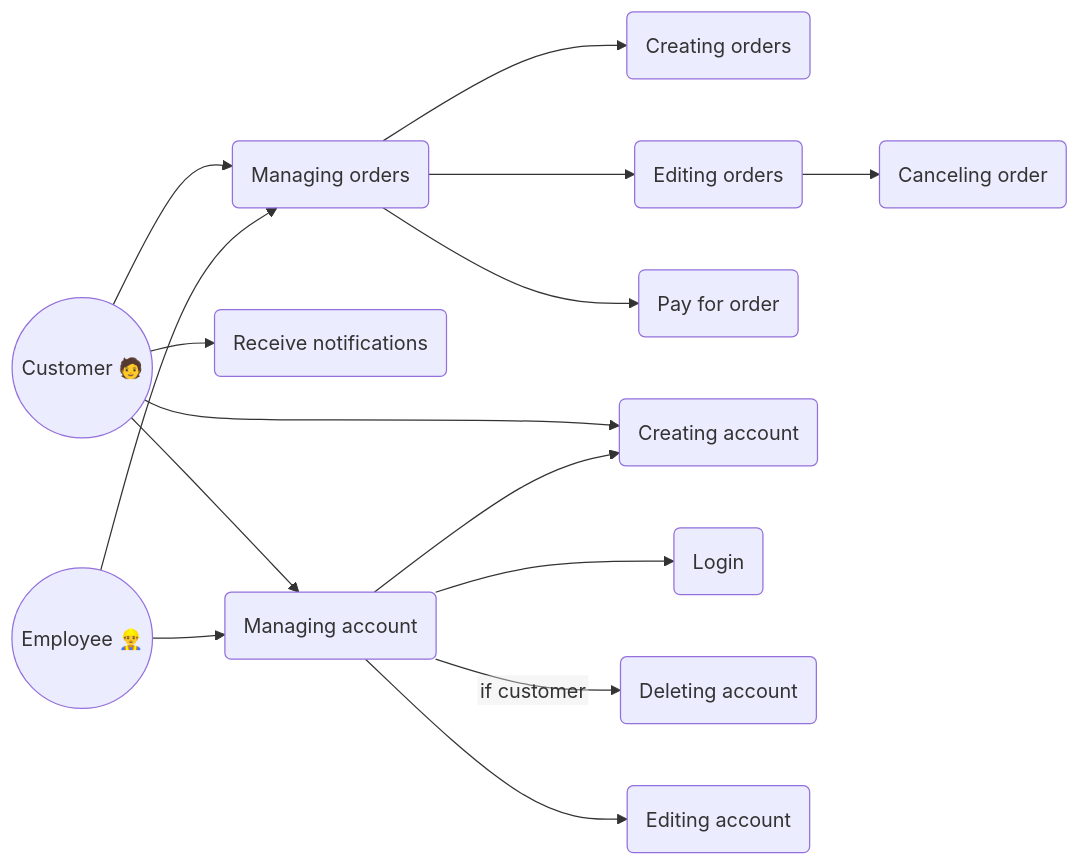
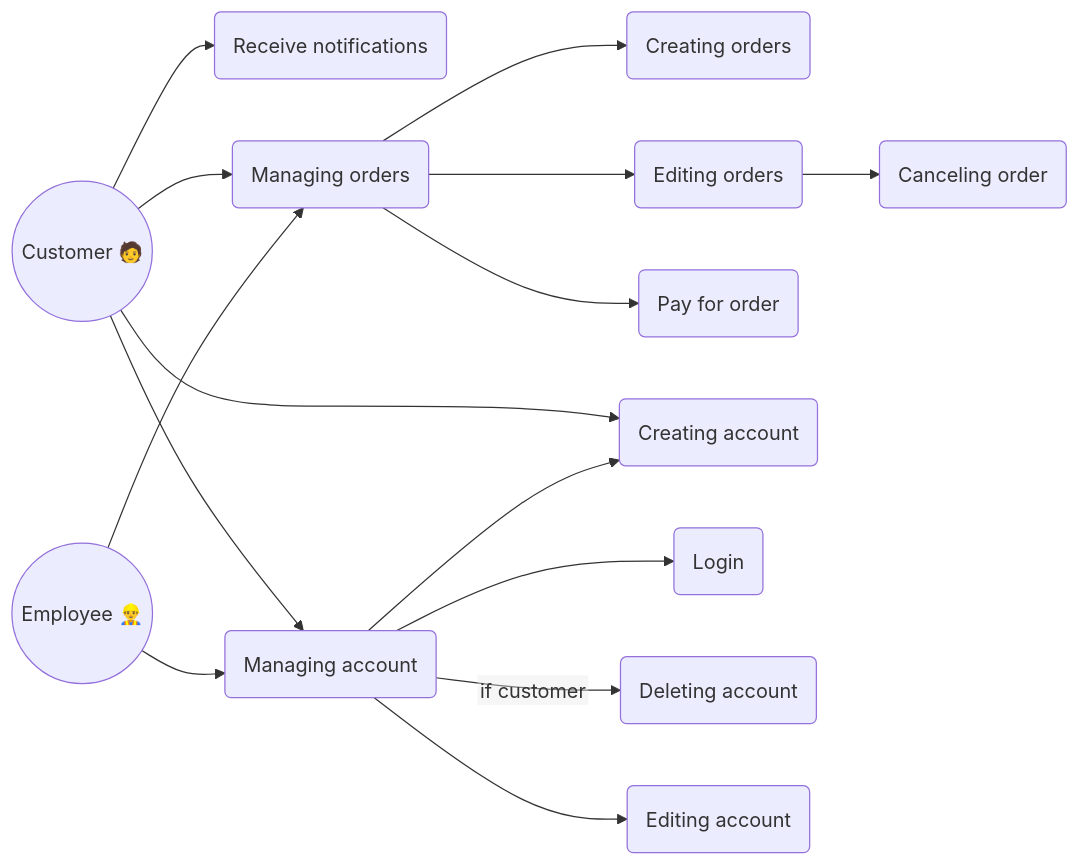
Before and after one commit to xeo545x39/Cake-AI: the second of 2 diagrams in README.md, drawn with Mermaid.

Commit message:
[ Fixed ] Diagram

````diff
--- a/README.md
+++ b/README.md
@@ -39,47 +39,47 @@
 ```mermaid
 %%{
   init: {
     "flowchart": {
       "htmlLabels": false
     }
   }
 }%%
 flowchart LR
     customer(("Customer 🧑"))
     employee(("Employee 👷‍♂️"))
-    
+
+    receive_notifications("Receive notifications")
+
     creating_orders("Creating orders")
     editing_orders("Editing orders")
     pay_order("Pay for order")
     canceling_order("Canceling order")
     
     create_account("Creating account")
     managing_account("Managing account")
     login("Login")
     deleting_account("Deleting account")
     editing_account("Editing account")
-    
-    receive_notifications("Receive notifications")
     
     managing_orders("Managing orders")
     managing_orders-->creating_orders
     managing_orders-->pay_order
     managing_orders-->editing_orders
     
     editing_orders-->canceling_order
     
     customer-->receive_notifications
     customer-->managing_orders
     customer-->create_account
     customer-->managing_account
 
     managing_account-->login
     managing_account-->editing_account
     managing_account-->|if customer|deleting_account
     managing_account-->create_account
         
     employee-->managing_orders
     employee-->managing_account
 
 
 ```
````
